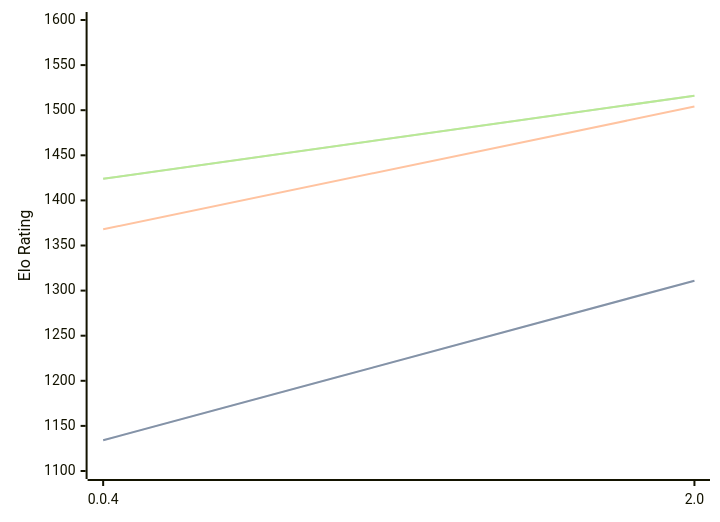
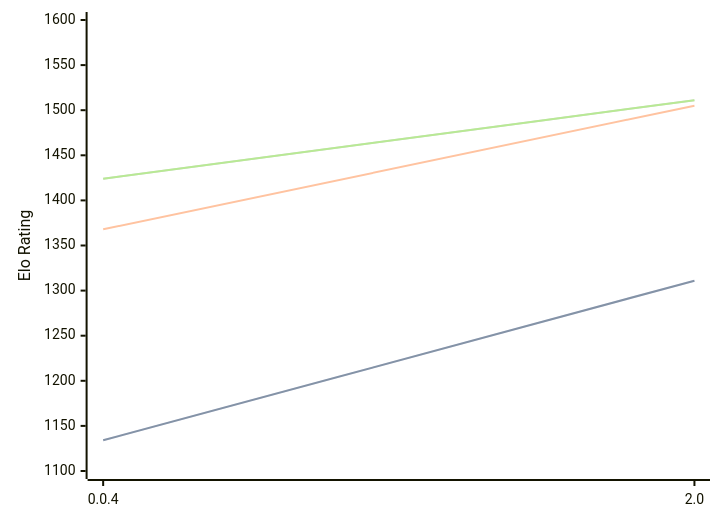
The diagram in engines/Oops!Mate.md (computer-chess-index/cci), drawn with Mermaid before and after one commit. The commit also changed other lines of this file, not shown here.

Commit message:
Update CCI Ratings (ELO VLTC) - 2026-02-19

````diff
--- a/engines/Oops!Mate.md
+++ b/engines/Oops!Mate.md
@@ -48,11 +48,11 @@
 ```mermaid
 %%{init: {"theme":"base","themeVariables":{"seriesColors:['#a3a3a3','#222221','#faa371']}}}%%
 xychart-beta
   x-axis ["0.0.4", "2.0"]
   y-axis "Elo Rating" 1100 --> 1600
   line "STC (8.0+0.08s)" [1134, 1311]
   line "STC (8.0+0.08s)" [1134, 1311]
-  line "LTC (60.0+0.60s)" [1368, 1504]
-  line "VLTC (2m24s+1.12s)" [1424, 1516]
-  line "VLTC (2m24s+1.12s)" [1424, 1516]
+  line "LTC (60.0+0.60s)" [1368, 1505]
+  line "VLTC (2m24s+1.12s)" [1424, 1511]
+  line "VLTC (2m24s+1.12s)" [1424, 1511]
 ```
````
